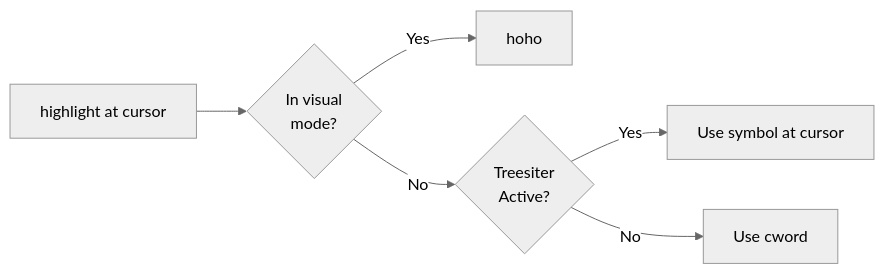
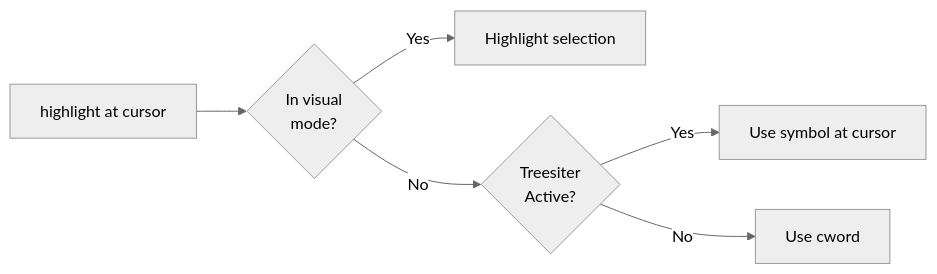
Before and after one commit to imochoa/confetti.nvim: the diagram in README.md, drawn with Mermaid (neutral theme). The commit also changed other lines of this file, not shown here.

````diff
--- a/README.md
+++ b/README.md
@@ -205,8 +204,8 @@
 ```mermaid
 flowchart LR
     A[highlight at cursor] --> B{In visual\nmode?}
-    B -->|Yes| C[hoho]
+    B -->|Yes| C[Highlight selection]
     B -->|No| D{Treesiter\nActive?}
     D -->|Yes| E[Use symbol at cursor]
     D -->|No| F[Use cword]
 ```
````
